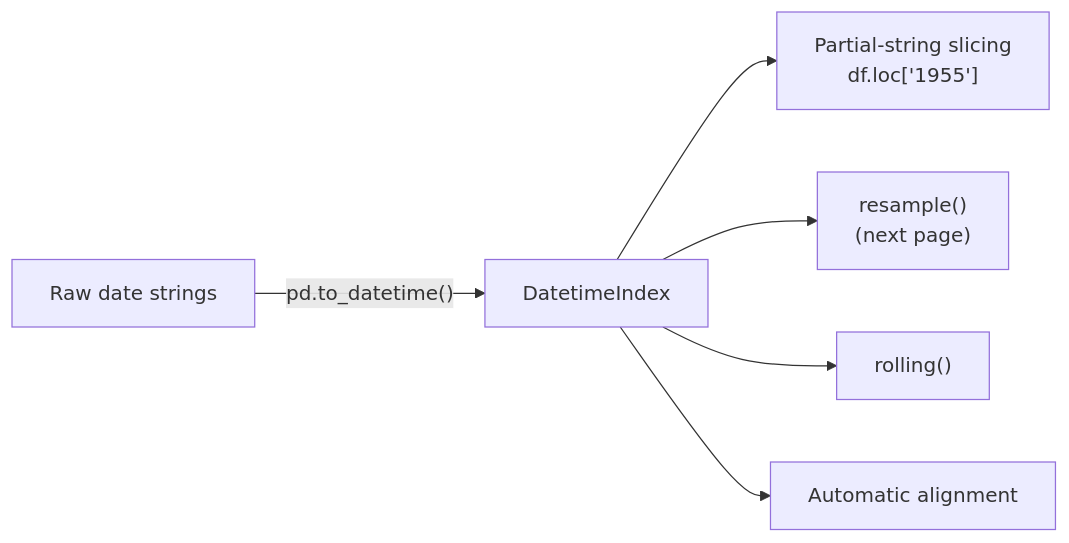
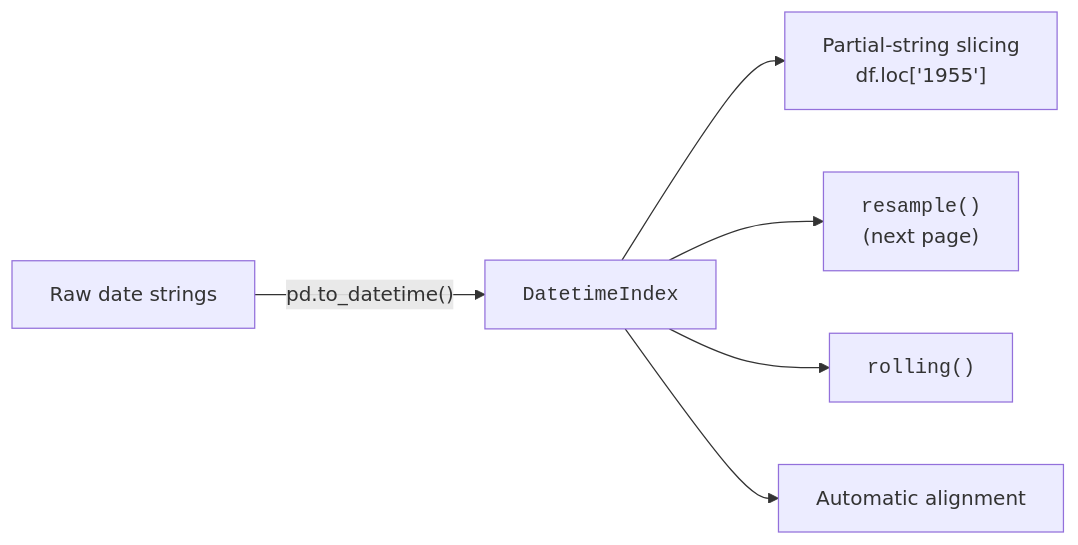
Before and after one commit to dataslope/dataslope: the third of 3 diagrams in content/learn/time-series-analysis-python/the-pandas-timeline.mdx, drawn with Mermaid. The commit also changed 153 other files, not shown here.

First line of the commit message:
Render code-only mermaid shapes in monospace; convert step sequences to Steps

````diff
--- a/content/learn/time-series-analysis-python/the-pandas-timeline.mdx
+++ b/content/learn/time-series-analysis-python/the-pandas-timeline.mdx
@@ -388,8 +388,8 @@
 ```mermaid
 flowchart LR
-    S["Raw date strings"] -->|"pd.to_datetime()"| T["DatetimeIndex"]
+    S["Raw date strings"] -->|"pd.to_datetime()"| T["<code>DatetimeIndex</code>"]
     T --> SL["Partial-string slicing<br/>df.loc['1955']"]
-    T --> RS["resample()<br/>(next page)"]
-    T --> RW["rolling()"]
+    T --> RS["<code>resample()</code><br/>(next page)"]
+    T --> RW["<code>rolling()</code>"]
     T --> AL["Automatic alignment"]
 ```
````
